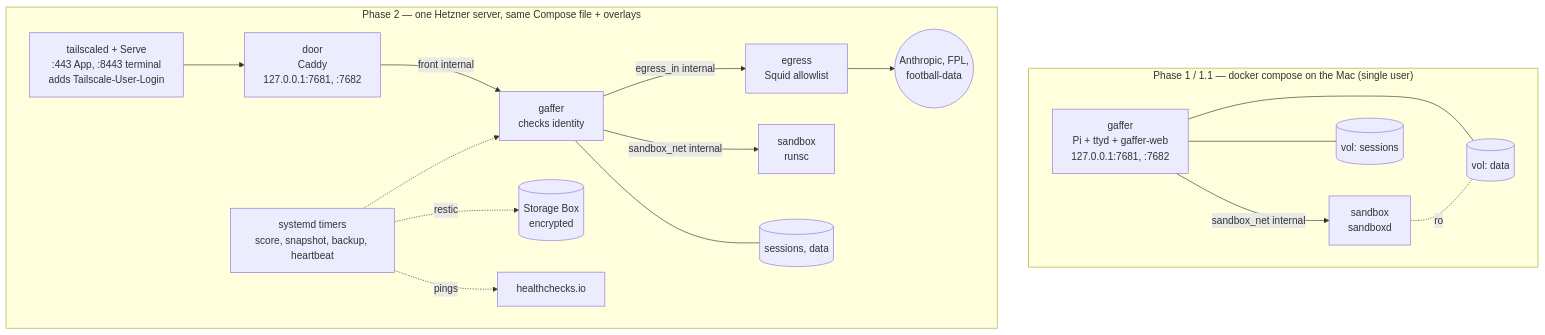
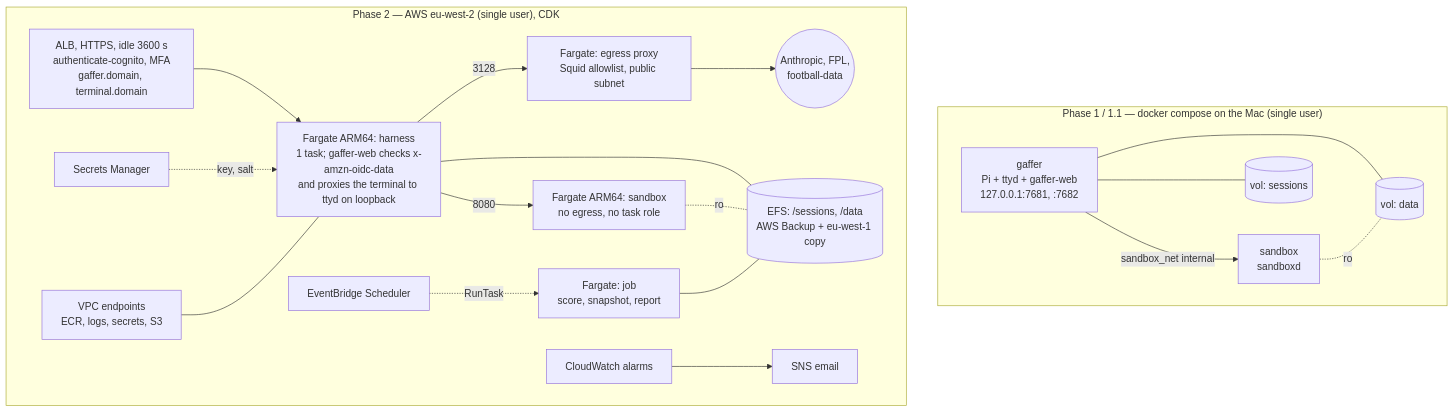
Before and after one commit to chrisxrobinson/gaffer: the second of 3 diagrams in docs/ARCHITECTURE.md, drawn with Mermaid. The commit also changed other lines of this file and 22 other files, not shown here.

First line of the commit message:
Phase 2 re-planned on AWS

````diff
--- a/docs/ARCHITECTURE.md
+++ b/docs/ARCHITECTURE.md
@@ -453,21 +453,23 @@
 ```mermaid
 flowchart TB
   subgraph Local["Phase 1 / 1.1 — docker compose on the Mac (single user)"]
     direction LR
     g1[gaffer<br/>Pi + ttyd + gaffer-web<br/>127.0.0.1:7681, :7682] -- sandbox_net internal --> s1[sandbox<br/>sandboxd]
     g1 --- v1[(vol: sessions)]
     g1 --- v2[(vol: data)]
     s1 -. ro .- v2
   end
-  subgraph Host["Phase 2 — one Hetzner server, same Compose file + overlays"]
+  subgraph AWS["Phase 2 — AWS eu-west-2 (single user), CDK"]
     direction LR
-    ts[tailscaled + Serve<br/>:443 App, :8443 terminal<br/>adds Tailscale-User-Login] --> door[door<br/>Caddy<br/>127.0.0.1:7681, :7682]
-    door -- front internal --> g2[gaffer<br/>checks identity]
-    g2 -- egress_in internal --> eg[egress<br/>Squid allowlist] --> net((Anthropic, FPL,<br/>football-data))
-    g2 -- sandbox_net internal --> s2[sandbox<br/>runsc]
-    g2 --- v3[(sessions, data)]
-    tm[systemd timers<br/>score, snapshot, backup, heartbeat] -.-> g2
-    tm -. restic .-> sb[(Storage Box<br/>encrypted)]
-    tm -. pings .-> hc[healthchecks.io]
+    alb[ALB, HTTPS, idle 3600 s<br/>authenticate-cognito, MFA<br/>gaffer.domain, terminal.domain] --> svc[Fargate ARM64: harness<br/>1 task; gaffer-web checks x-amzn-oidc-data<br/>and proxies the terminal to ttyd on loopback]
+    svc -- 8080 --> sbx[Fargate ARM64: sandbox<br/>no egress, no task role]
+    svc -- 3128 --> px[Fargate: egress proxy<br/>Squid allowlist, public subnet] --> out((Anthropic, FPL,<br/>football-data))
+    svc --- efs[(EFS: /sessions, /data<br/>AWS Backup + eu-west-1 copy)]
+    sbx -. ro .- efs
+    sm[Secrets Manager] -. key, salt .-> svc
+    eb[EventBridge Scheduler] -. RunTask .-> job[Fargate: job<br/>score, snapshot, report]
+    job --- efs
+    vpce[VPC endpoints<br/>ECR, logs, secrets, S3] --- svc
+    cw[CloudWatch alarms] --> sns[SNS email]
   end
 ```
````
